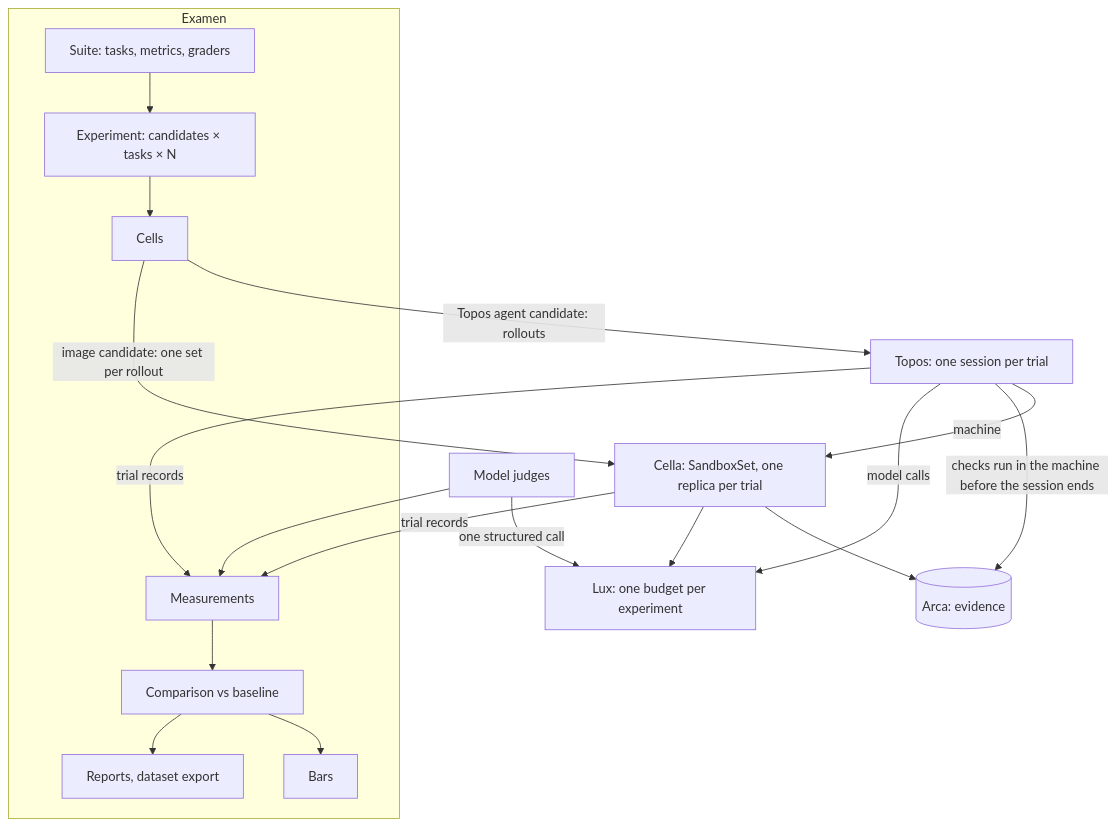
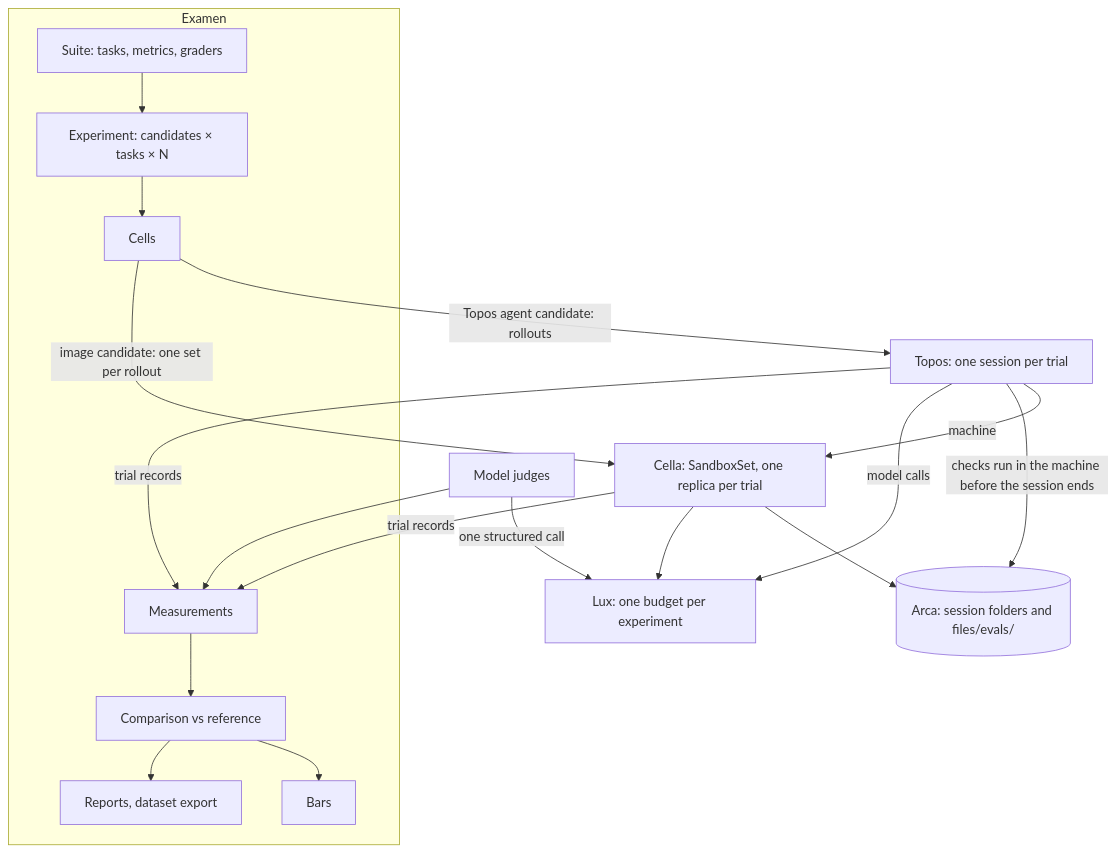
The diagram in specs/001-architecture.md (latere-ai/examen), drawn with Mermaid before and after one commit. The commit also changed other lines of this file and 13 other files, not shown here.

````diff
--- a/specs/001-architecture.md
+++ b/specs/001-architecture.md
@@ -75,21 +80,21 @@
 ```mermaid
 flowchart TB
   subgraph Examen
     S[Suite: tasks, metrics, graders] --> X[Experiment: candidates × tasks × N]
     X --> C[Cells]
-    M[Measurements] --> CMP[Comparison vs baseline]
+    M[Measurements] --> CMP[Comparison vs reference]
     CMP --> BAR[Bars]
     CMP --> R[Reports, dataset export]
   end
   C -->|Topos agent candidate: rollouts| T[Topos: one session per trial]
   C -->|image candidate: one set per rollout| CE[Cella: SandboxSet, one replica per trial]
   T -->|machine| CE
-  T -->|checks run in the machine before the session ends| EV[(Arca: evidence)]
+  T -->|checks run in the machine before the session ends| EV[("Arca: session folders and files/evals/")]
   CE --> EV
   T -->|model calls| L[Lux: one budget per experiment]
   CE --> L
   T -->|trial records| M
   CE -->|trial records| M
   J[Model judges] -->|one structured call| L
   J --> M
 ```
````
